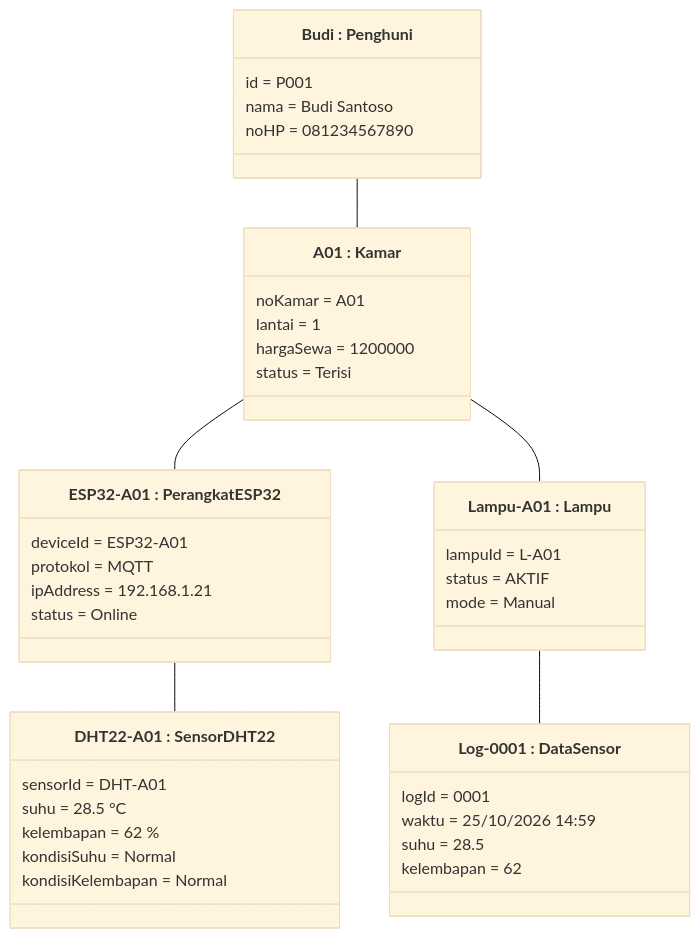
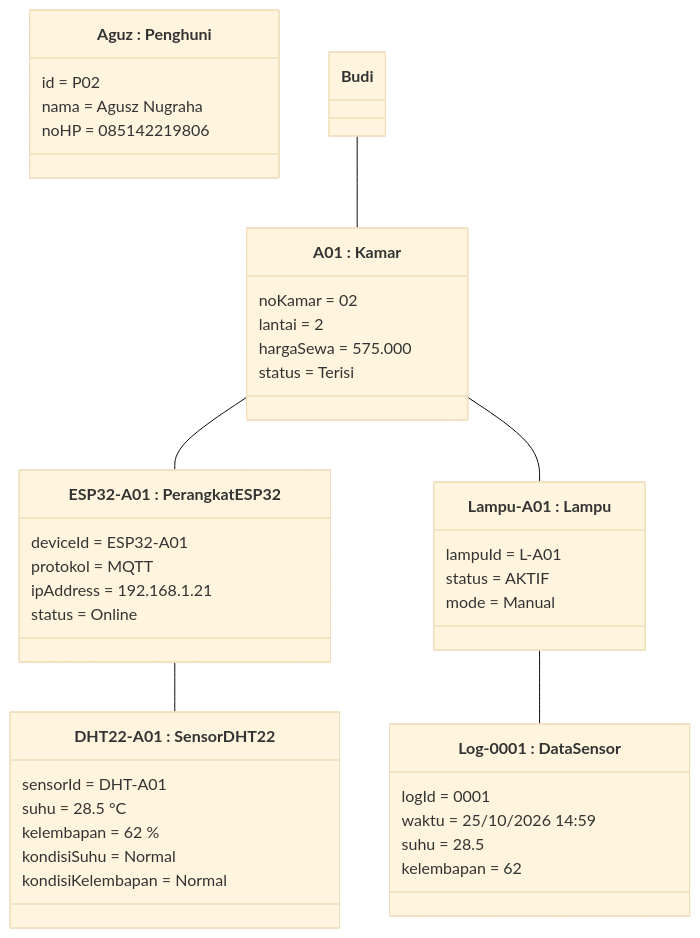
The diagram in diagram_uml.md/04_object.diagram.md (RPLUNIT032026/rental-room-digitaltwin), drawn with Mermaid (base theme) before and after one commit. The commit also changed other lines of this file, not shown here.

Commit message:
Revise object diagram with new resident and room info
Updated object diagram to include new resident Agusz and modified room details.

````diff
--- a/diagram_uml.md/04_object.diagram.md
+++ b/diagram_uml.md/04_object.diagram.md
@@ -17,51 +3,51 @@
 ```mermaid
 classDiagram
     direction TB
 
-    class Budi["Budi : Penghuni"] {
-        id = P001
-        nama = Budi Santoso
-        noHP = 081234567890
+    class Agusz["Aguz : Penghuni"] {
+        id = P02
+        nama = Agusz Nugraha
+        noHP = 085142219806
     }
 
     class KamarA01["A01 : Kamar"] {
-        noKamar = A01
-        lantai = 1
-        hargaSewa = 1200000
+        noKamar = 02
+        lantai = 2
+        hargaSewa = 575.000
         status = Terisi
     }
 
     class Esp32["ESP32-A01 : PerangkatESP32"] {
         deviceId = ESP32-A01
         protokol = MQTT
         ipAddress = 192.168.1.21
         status = Online
     }
 
     class Dht22["DHT22-A01 : SensorDHT22"] {
         sensorId = DHT-A01
         suhu = 28.5 °C
         kelembapan = 62 %
         kondisiSuhu = Normal
         kondisiKelembapan = Normal
     }
 
     class Lampu["Lampu-A01 : Lampu"] {
         lampuId = L-A01
         status = AKTIF
         mode = Manual
     }
 
     class Log["Log-0001 : DataSensor"] {
         logId = 0001
         waktu = 25/10/2026 14:59
         suhu = 28.5
         kelembapan = 62
     }
 
     Budi -- KamarA01
     KamarA01 -- Esp32
     Esp32 -- Dht22
     KamarA01 -- Lampu
     Lampu -- Log
 ```
````
